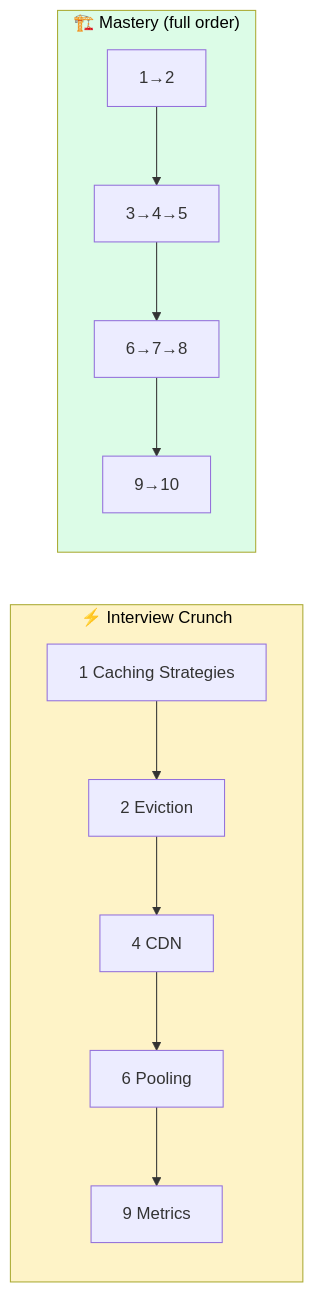
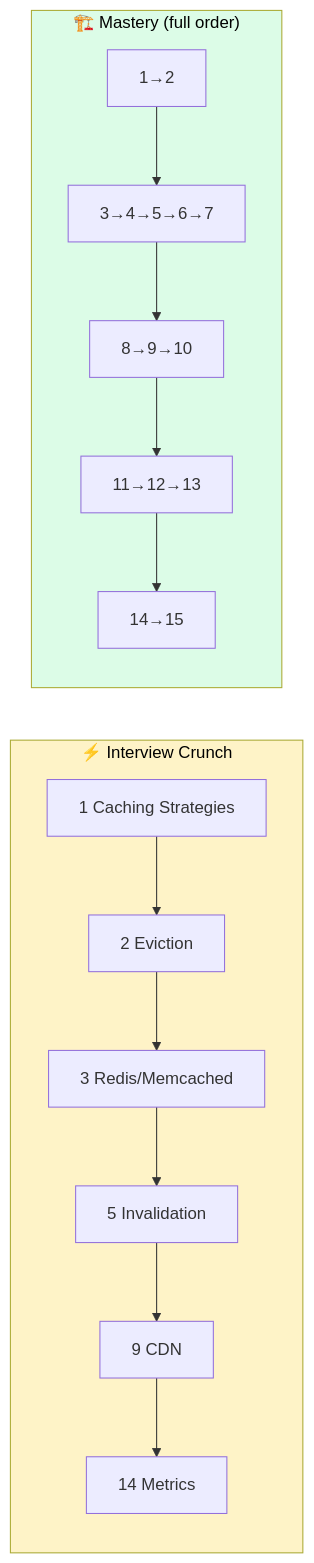
Before and after one commit to asishjagana/Interview-Prep-Dump: the second of 2 diagrams in 06_Caching_Performance/README.md, drawn with Mermaid. The commit also changed other lines of this file and 26 other files, not shown here.

````diff
--- a/06_Caching_Performance/README.md
+++ b/06_Caching_Performance/README.md
@@ -71,11 +82,11 @@
 ```mermaid
 flowchart LR
     subgraph FAST["⚡ Interview Crunch"]
-        F1["1 Caching Strategies"] --> F2["2 Eviction"] --> F3["4 CDN"] --> F4["6 Pooling"] --> F5["9 Metrics"]
+        F1["1 Caching Strategies"] --> F2["2 Eviction"] --> F3["3 Redis/Memcached"] --> F4["5 Invalidation"] --> F5["9 CDN"] --> F6["14 Metrics"]
     end
     subgraph DEEP["🏗️ Mastery (full order)"]
-        D1["1→2"] --> D2["3→4→5"] --> D3["6→7→8"] --> D4["9→10"]
+        D1["1→2"] --> D2["3→4→5→6→7"] --> D3["8→9→10"] --> D4["11→12→13"] --> D5["14→15"]
     end
     style FAST fill:#fef3c7,color:#000
     style DEEP fill:#dcfce7,color:#000
 ```
````
